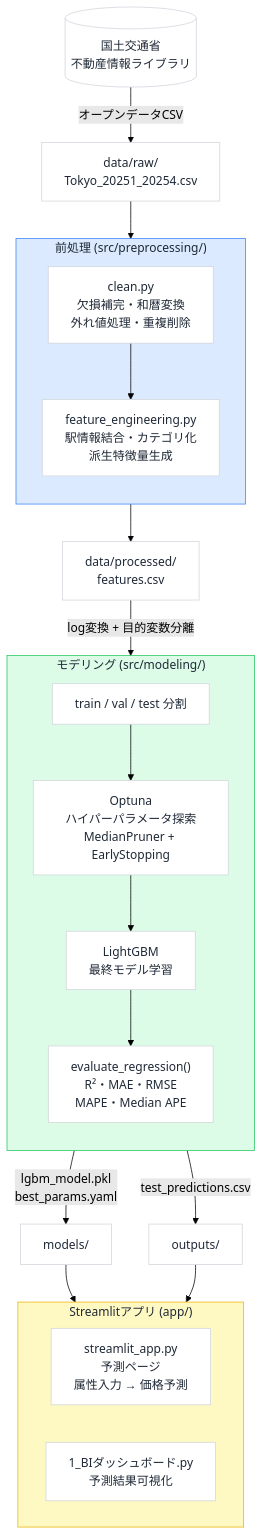
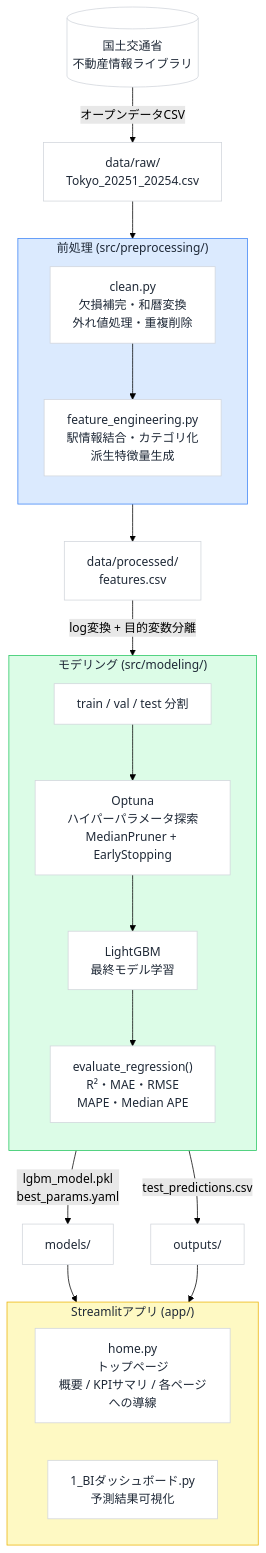
Before and after one commit to kotouharuto/House-price-forecast: the diagram in docs/system_pipeline_flowchart.md, drawn with Mermaid (forest theme). The commit also changed 12 other files, not shown here.

````diff
--- a/docs/system_pipeline_flowchart.md
+++ b/docs/system_pipeline_flowchart.md
@@ -5,43 +5,43 @@
 ```mermaid
 flowchart TD
     DS[(国土交通省<br/>不動産情報ライブラリ)] -->|オープンデータCSV| RAW["data/raw/<br/>Tokyo_20251_20254.csv"]
 
     subgraph PREP["前処理 (src/preprocessing/)"]
         direction TB
         CLEAN["clean.py<br/>欠損補完・和暦変換<br/>外れ値処理・重複削除"]
         FE["feature_engineering.py<br/>駅情報結合・カテゴリ化<br/>派生特徴量生成"]
         CLEAN --> FE
     end
 
     RAW --> PREP
     FE --> FCSV["data/processed/<br/>features.csv"]
 
     subgraph ML["モデリング (src/modeling/)"]
         direction TB
         SPLIT["train / val / test 分割"]
         OPTUNA["Optuna<br/>ハイパーパラメータ探索<br/>MedianPruner + EarlyStopping"]
         TRAIN["LightGBM<br/>最終モデル学習"]
         EVAL["evaluate_regression()<br/>R²・MAE・RMSE<br/>MAPE・Median APE"]
         SPLIT --> OPTUNA --> TRAIN --> EVAL
     end
 
     FCSV -->|log変換 + 目的変数分離| ML
 
     EVAL -->|"lgbm_model.pkl<br/>best_params.yaml"| MDIR[models/]
     EVAL -->|test_predictions.csv| ODIR[outputs/]
 
     subgraph APP["Streamlitアプリ (app/)"]
         direction LR
-        MAIN["streamlit_app.py<br/>予測ページ<br/>属性入力 → 価格予測"]
+        MAIN["home.py<br/>トップページ<br/>概要 / KPIサマリ / 各ページへの導線"]
         BI["1_BIダッシュボード.py<br/>予測結果可視化"]
     end
 
     MDIR --> MAIN
     ODIR --> BI
 
     style PREP fill:#dbeafe,stroke:#3b82f6,color:#1f2937
     style ML fill:#dcfce7,stroke:#22c55e,color:#1f2937
     style APP fill:#fef9c3,stroke:#eab308,color:#1f2937
 
     classDef default fill:#ffffff,color:#1f2937,stroke:#d1d5db
 ```
````
